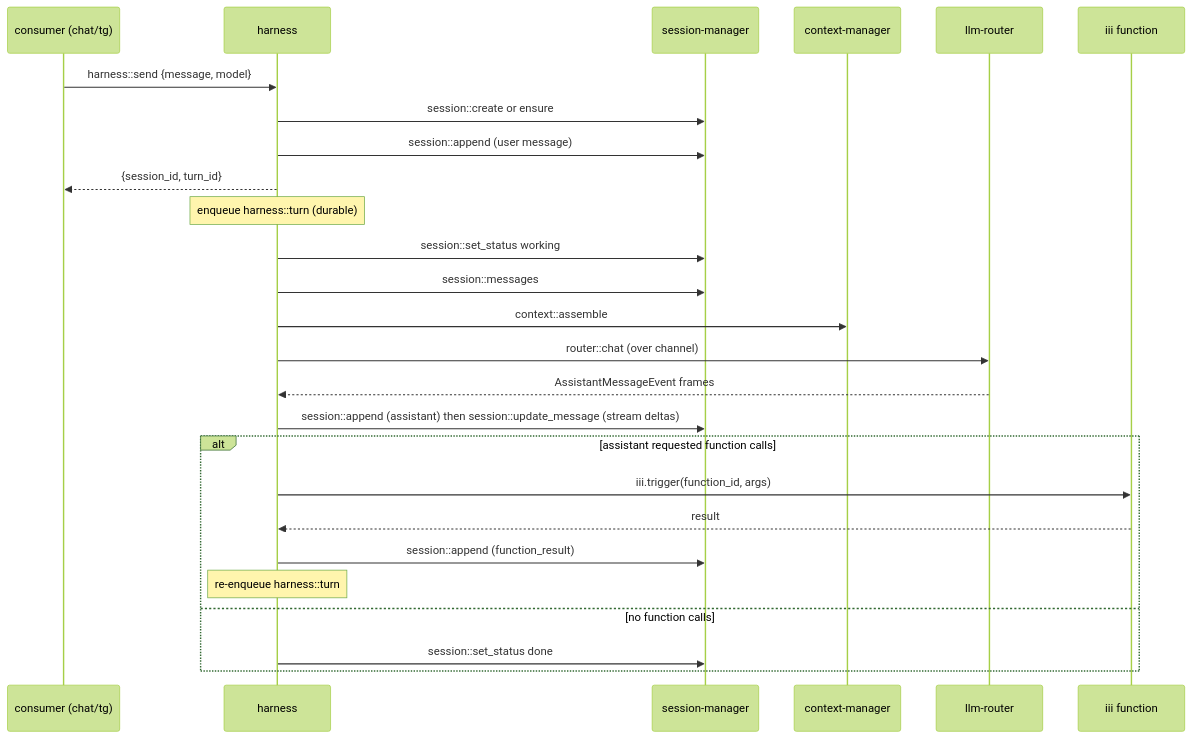
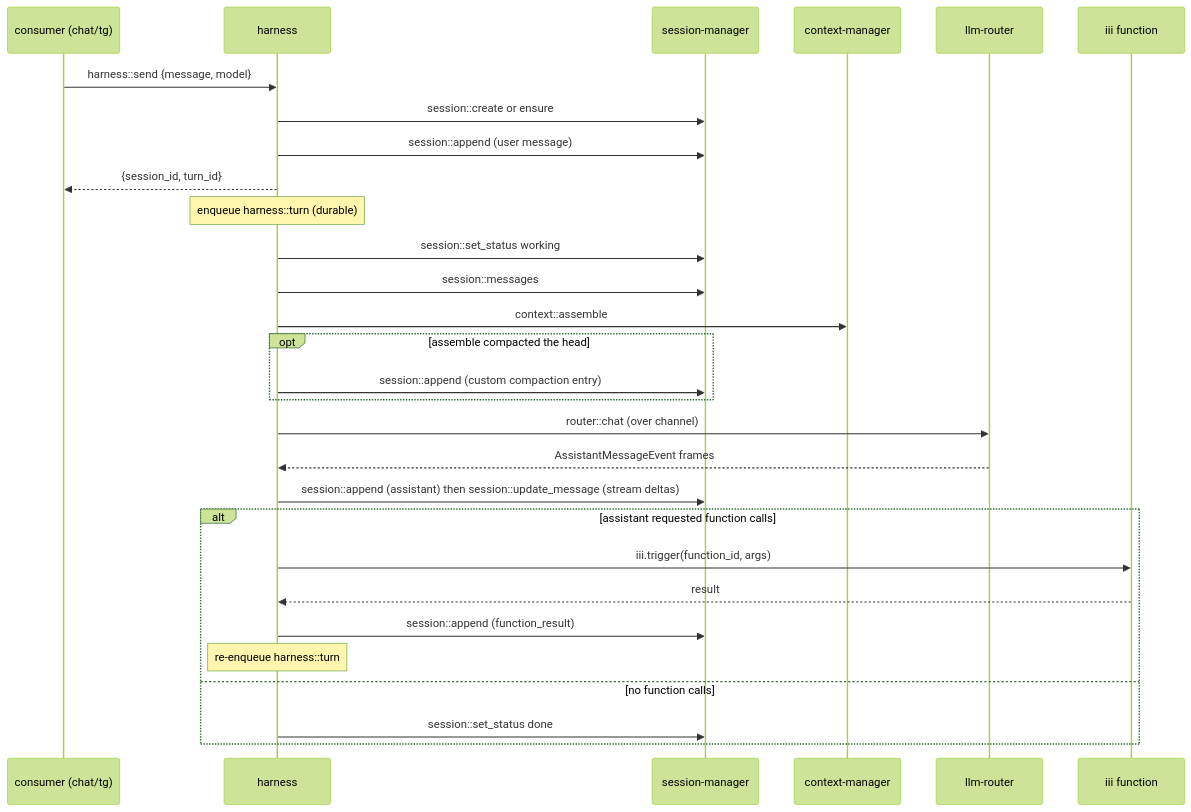
The diagram in tech-specs/2026-06-agentic/harness.md (iii-hq/workers), drawn with Mermaid (forest theme) before and after one commit. The commit also changed other lines of this file and 4 other files, not shown here.

````diff
--- a/tech-specs/2026-06-agentic/harness.md
+++ b/tech-specs/2026-06-agentic/harness.md
@@ -22,29 +22,32 @@
 ```mermaid
 sequenceDiagram
   participant C as consumer (chat/tg)
   participant H as harness
   participant S as session-manager
   participant X as context-manager
   participant R as llm-router
   participant F as iii function
 
   C->>H: harness::send {message, model}
   H->>S: session::create or ensure
   H->>S: session::append (user message)
   H-->>C: {session_id, turn_id}
   Note over H: enqueue harness::turn (durable)
   H->>S: session::set_status working
   H->>S: session::messages
   H->>X: context::assemble
+  opt assemble compacted the head
+    H->>S: session::append (custom compaction entry)
+  end
   H->>R: router::chat (over channel)
   R-->>H: AssistantMessageEvent frames
   H->>S: session::append (assistant) then session::update_message (stream deltas)
   alt assistant requested function calls
     H->>F: iii.trigger(function_id, args)
     F-->>H: result
     H->>S: session::append (function_result)
     Note over H: re-enqueue harness::turn
   else no function calls
     H->>S: session::set_status done
   end
 ```
````
